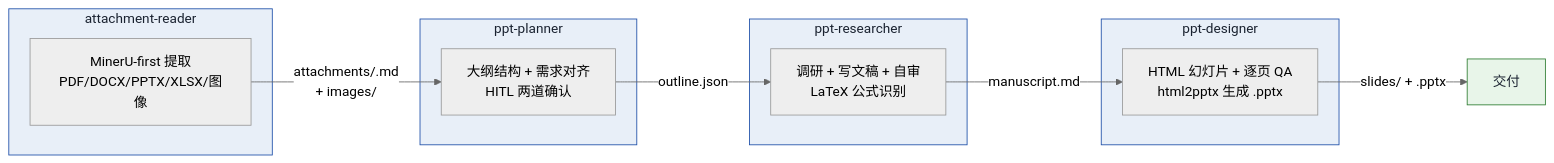
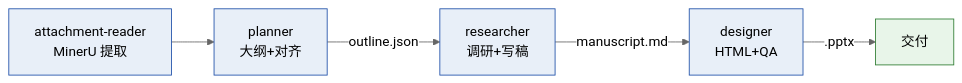
Before and after one commit to int2t05/internship: the seventh of 13 diagrams in manuscript.md, drawn with Mermaid (neutral theme). The commit also changed other lines of this file and 12 other files, not shown here.

````diff
--- a/manuscript.md
+++ b/manuscript.md
@@ -333,23 +314,11 @@
 ```mermaid
 flowchart LR
-    subgraph R1["attachment-reader"]
-        A["MinerU-first 提取<br/>PDF/DOCX/PPTX/XLSX/图像"]
-    end
-    subgraph R2["ppt-planner"]
-        P["大纲结构 + 需求对齐<br/>HITL 两道确认"]
-    end
-    subgraph R3["ppt-researcher"]
-        RE["调研 + 写文稿 + 自审<br/>LaTeX 公式识别"]
-    end
-    subgraph R4["ppt-designer"]
-        D["HTML 幻灯片 + 逐页 QA<br/>html2pptx 生成 .pptx"]
-    end
-    A -->|"attachments/<stem>.md<br/>+ images/"| P
-    P -->|"outline.json"| RE
-    RE -->|"manuscript.md"| D
-    D -->|"slides/ + .pptx"| OUT["交付"]
-    classDef role fill:#E8EFF8,stroke:#1E4FA8,color:#1A2230
-    classDef out fill:#E8F5E9,stroke:#2E7D32,color:#1A2230
-    class R1,R2,R3,R4 role
+    A["attachment-reader<br/>MinerU 提取"] --> P["planner<br/>大纲+对齐"]
+    P -->|"outline.json"| RE["researcher<br/>调研+写稿"]
+    RE -->|"manuscript.md"| D["designer<br/>HTML+QA"]
+    D -->|".pptx"| OUT["交付"]
+    classDef role fill:#E8EFF8,stroke:#1E4FA8
+    classDef out fill:#E8F5E9,stroke:#2E7D32
+    class A,P,RE,D role
     class OUT out
 ```
````
